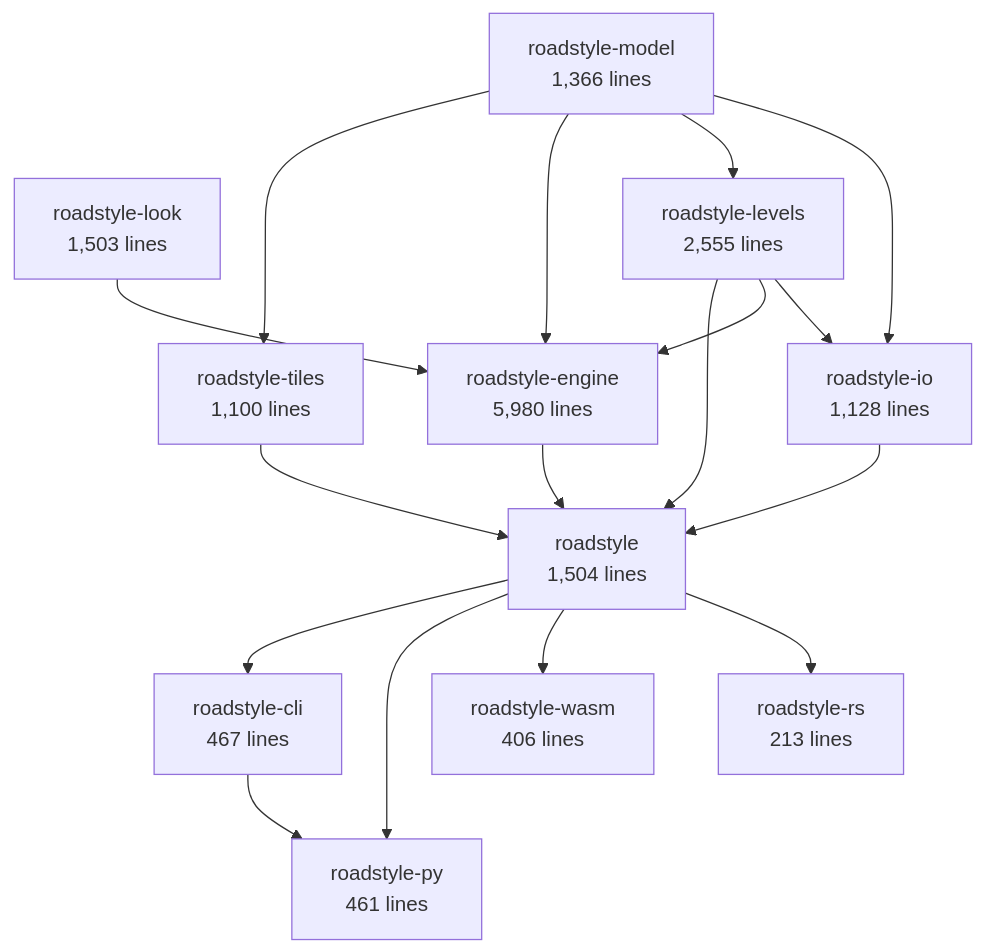
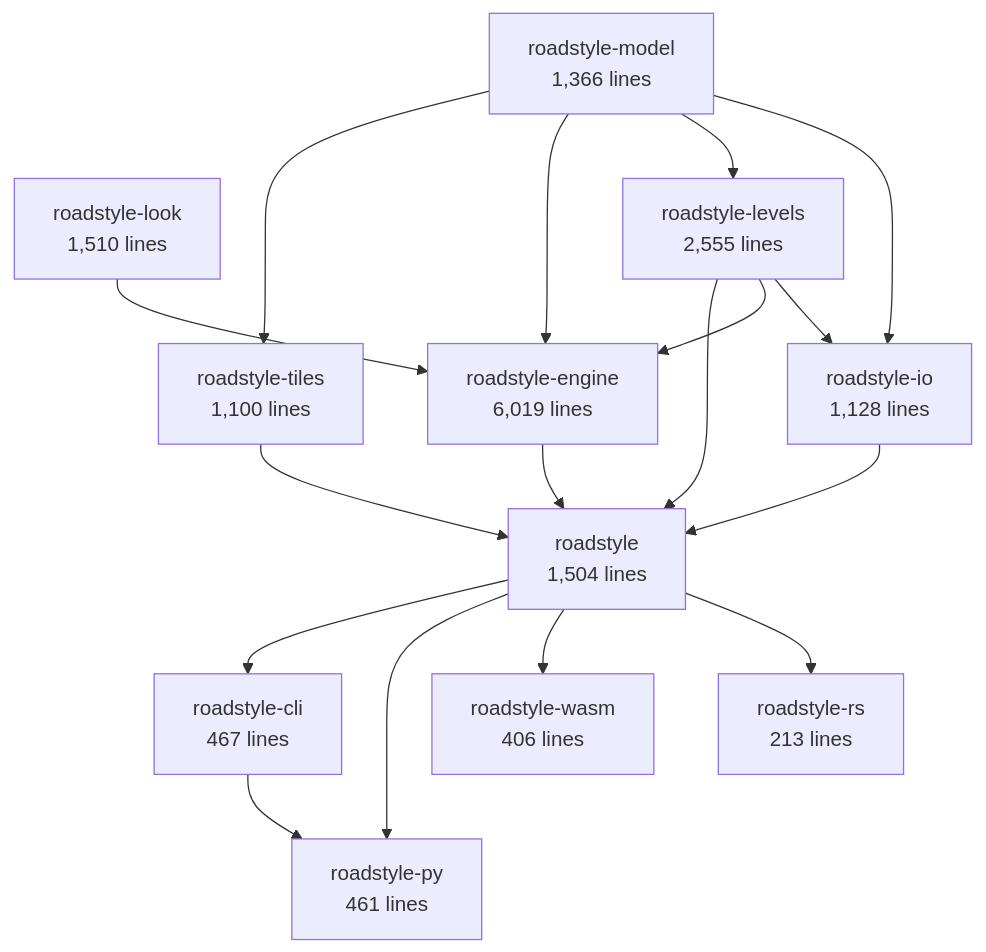
The second of 6 diagrams in docs/rust/architecture.md (Khoshkhah/roadstyle), drawn with Mermaid before and after one commit. The commit also changed other lines of this file and 8 other files, not shown here.

````diff
--- a/docs/rust/architecture.md
+++ b/docs/rust/architecture.md
@@ -69,30 +69,30 @@
 ```mermaid
 flowchart TB
     roadstyle_model["roadstyle-model<br/>1,366 lines"]
-    roadstyle_look["roadstyle-look<br/>1,503 lines"]
+    roadstyle_look["roadstyle-look<br/>1,510 lines"]
     roadstyle_io["roadstyle-io<br/>1,128 lines"]
     roadstyle_levels["roadstyle-levels<br/>2,555 lines"]
-    roadstyle_engine["roadstyle-engine<br/>5,980 lines"]
+    roadstyle_engine["roadstyle-engine<br/>6,019 lines"]
     roadstyle_tiles["roadstyle-tiles<br/>1,100 lines"]
     roadstyle["roadstyle<br/>1,504 lines"]
     roadstyle_rs["roadstyle-rs<br/>213 lines"]
     roadstyle_wasm["roadstyle-wasm<br/>406 lines"]
     roadstyle_py["roadstyle-py<br/>461 lines"]
     roadstyle_cli["roadstyle-cli<br/>467 lines"]
     roadstyle_levels --> roadstyle_io
     roadstyle_model --> roadstyle_io
     roadstyle_model --> roadstyle_levels
     roadstyle_levels --> roadstyle_engine
     roadstyle_look --> roadstyle_engine
     roadstyle_model --> roadstyle_engine
     roadstyle_model --> roadstyle_tiles
     roadstyle_engine --> roadstyle
     roadstyle_io --> roadstyle
     roadstyle_levels --> roadstyle
     roadstyle_tiles --> roadstyle
     roadstyle --> roadstyle_rs
     roadstyle --> roadstyle_wasm
     roadstyle --> roadstyle_py
     roadstyle_cli --> roadstyle_py
     roadstyle --> roadstyle_cli
 ```
````
